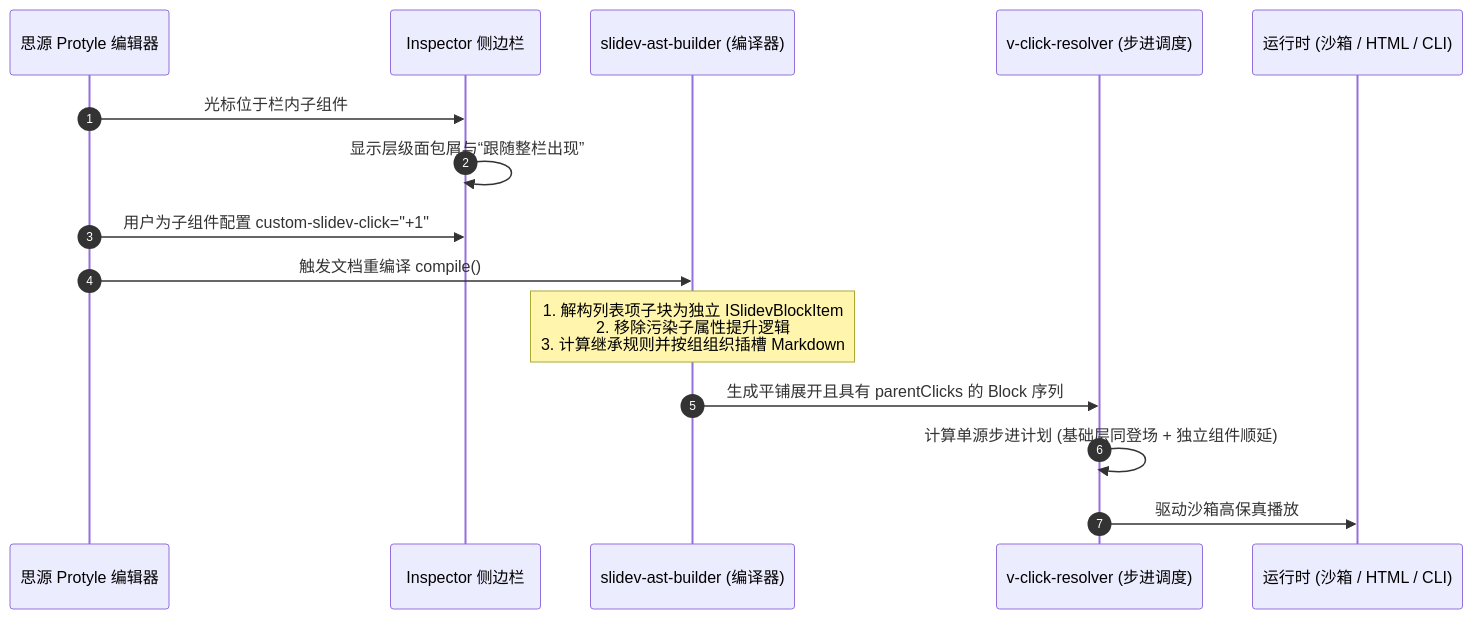
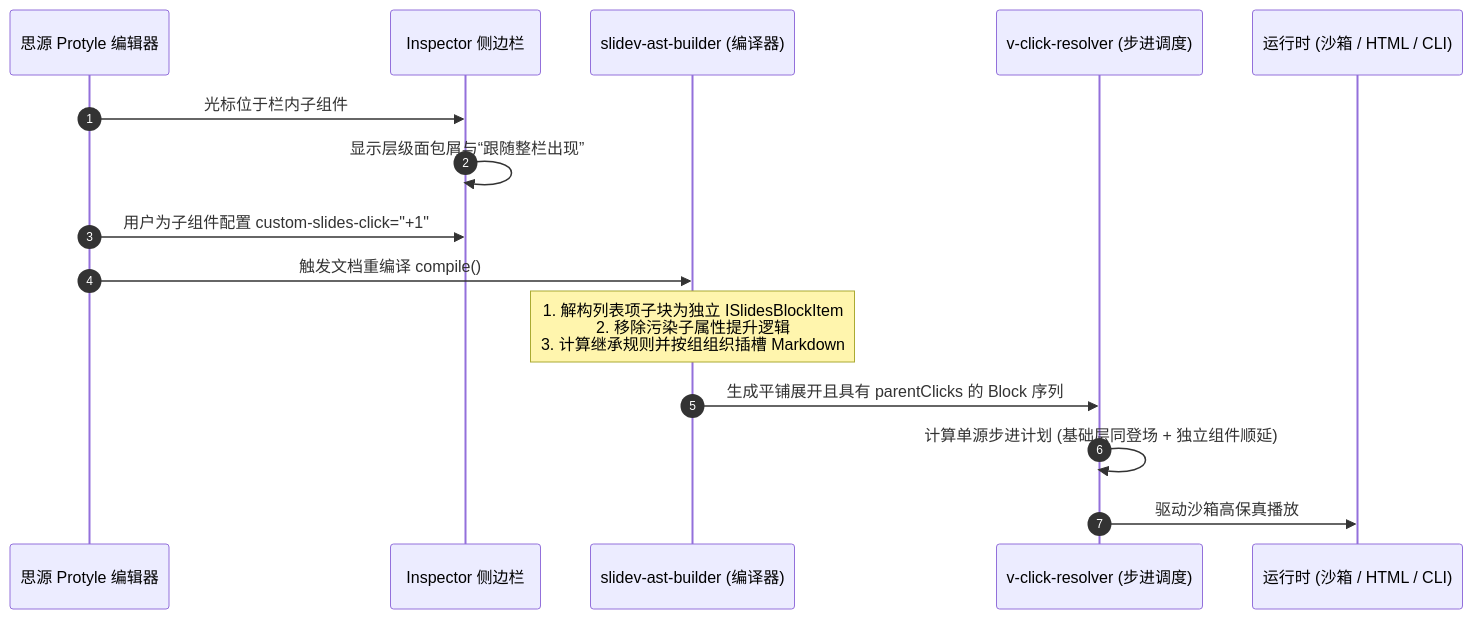
Before and after one commit to famotime/siyuan-live-slides: the second of 2 diagrams in docs/表头多栏内组件级逐步呈现与级联调度方案设计.md, drawn with Mermaid. The commit also changed other lines of this file and 175 other files, not shown here.

````diff
--- a/docs/表头多栏内组件级逐步呈现与级联调度方案设计.md
+++ b/docs/表头多栏内组件级逐步呈现与级联调度方案设计.md
@@ -85,18 +85,18 @@
 ```mermaid
 sequenceDiagram
     autonumber
     participant Editor as 思源 Protyle 编辑器
     participant Inspector as Inspector 侧边栏
     participant Builder as slidev-ast-builder (编译器)
     participant Resolver as v-click-resolver (步进调度)
     participant Client as 运行时 (沙箱 / HTML / CLI)
 
     Editor->>Inspector: 光标位于栏内子组件
     Inspector->>Inspector: 显示层级面包屑与“跟随整栏出现”
-    Editor->>Inspector: 用户为子组件配置 custom-slidev-click="+1"
+    Editor->>Inspector: 用户为子组件配置 custom-slides-click="+1"
     Editor->>Builder: 触发文档重编译 compile()
-    Note over Builder: 1. 解构列表项子块为独立 ISlidevBlockItem<br/>2. 移除污染子属性提升逻辑<br/>3. 计算继承规则并按组组织插槽 Markdown
+    Note over Builder: 1. 解构列表项子块为独立 ISlidesBlockItem<br/>2. 移除污染子属性提升逻辑<br/>3. 计算继承规则并按组组织插槽 Markdown
     Builder->>Resolver: 生成平铺展开且具有 parentClicks 的 Block 序列
     Resolver->>Resolver: 计算单源步进计划 (基础层同登场 + 独立组件顺延)
     Resolver->>Client: 驱动沙箱高保真播放
 ```
````
